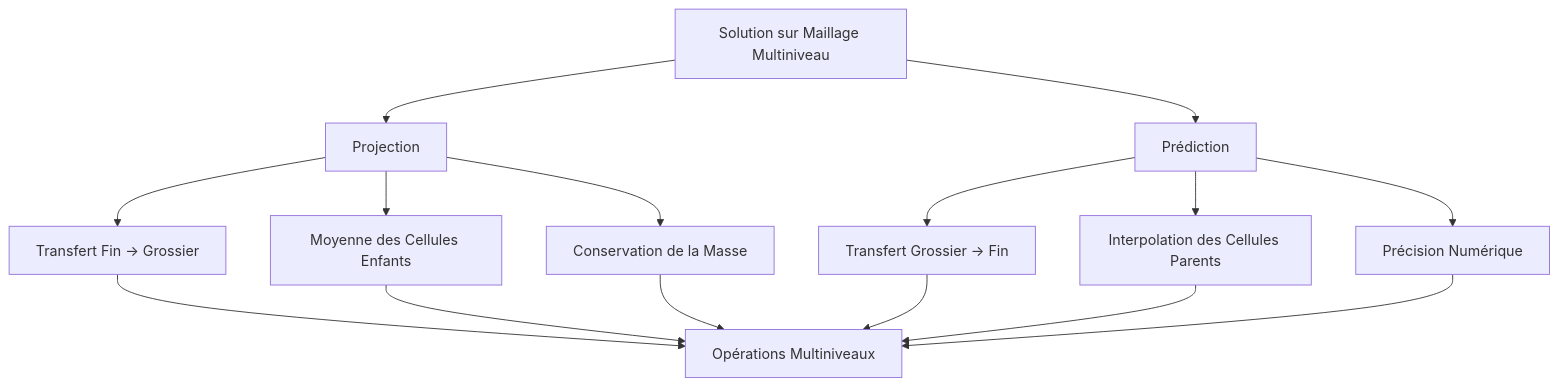
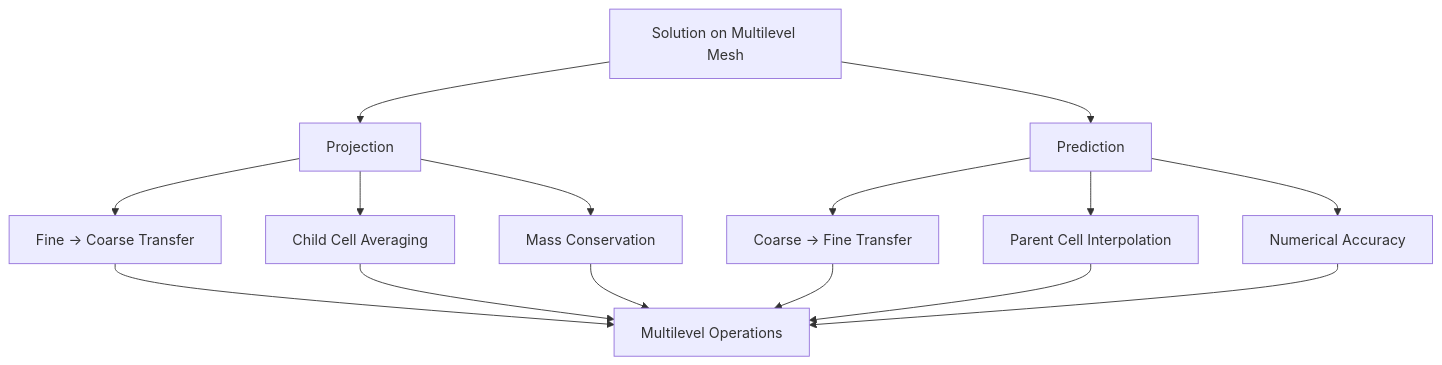
Before and after one commit to sbstndb/samurai: the first of 3 diagrams in docs/projection_prediction.md, drawn with Mermaid. The commit also changed other lines of this file and 8 other files, not shown here.

````diff
--- a/docs/projection_prediction.md
+++ b/docs/projection_prediction.md
@@ -11,20 +11,20 @@
 ```mermaid
 graph TB
-    A[Solution sur Maillage Multiniveau] --> B[Projection]
-    A --> C[Prédiction]
+    A[Solution on Multilevel Mesh] --> B[Projection]
+    A --> C[Prediction]
     
-    B --> D[Transfert Fin → Grossier]
-    B --> E[Moyenne des Cellules Enfants]
-    B --> F[Conservation de la Masse]
+    B --> D[Fine → Coarse Transfer]
+    B --> E[Child Cell Averaging]
+    B --> F[Mass Conservation]
     
-    C --> G[Transfert Grossier → Fin]
-    C --> H[Interpolation des Cellules Parents]
-    C --> I[Précision Numérique]
+    C --> G[Coarse → Fine Transfer]
+    C --> H[Parent Cell Interpolation]
+    C --> I[Numerical Accuracy]
     
-    D --> J[Opérations Multiniveaux]
+    D --> J[Multilevel Operations]
     E --> J
     F --> J
     G --> J
     H --> J
     I --> J
 ```
````
